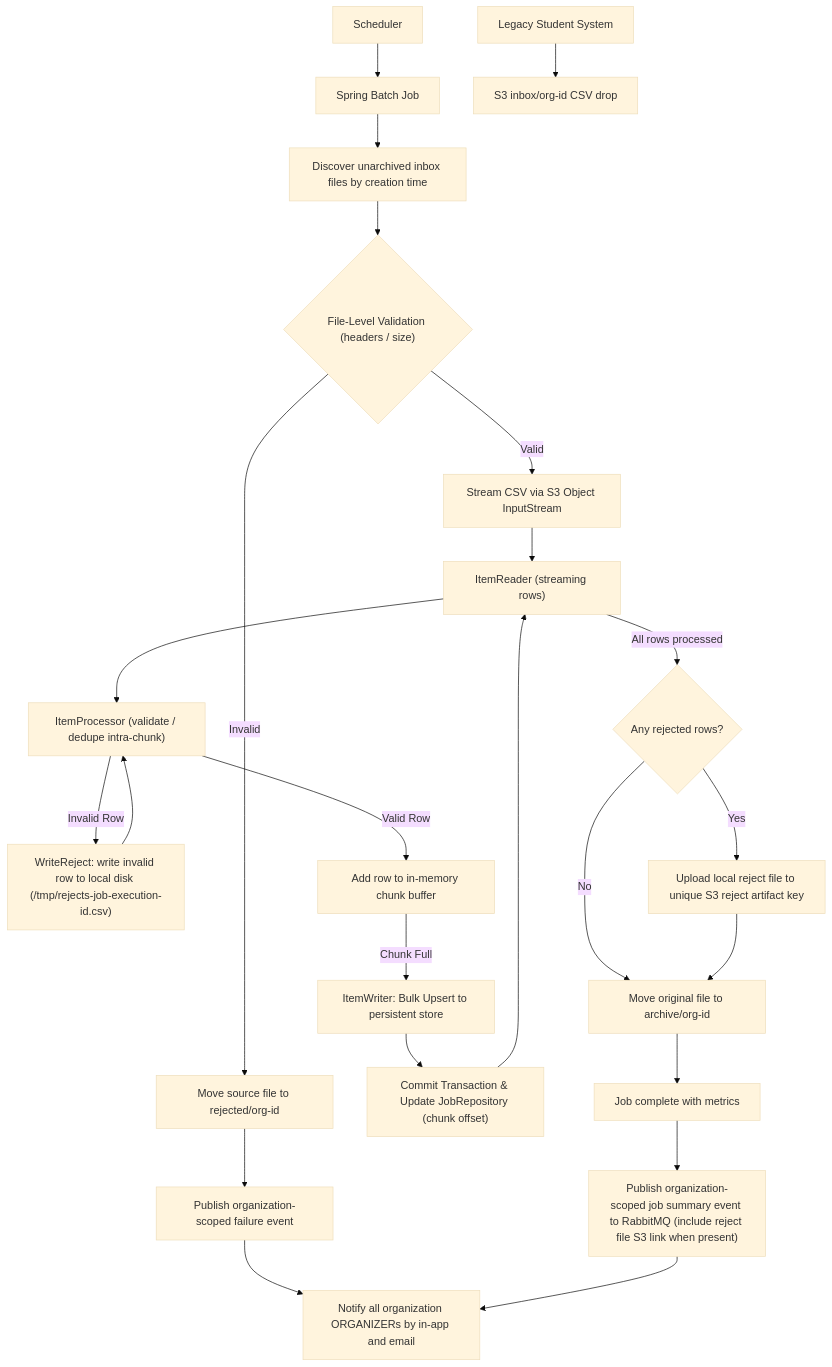
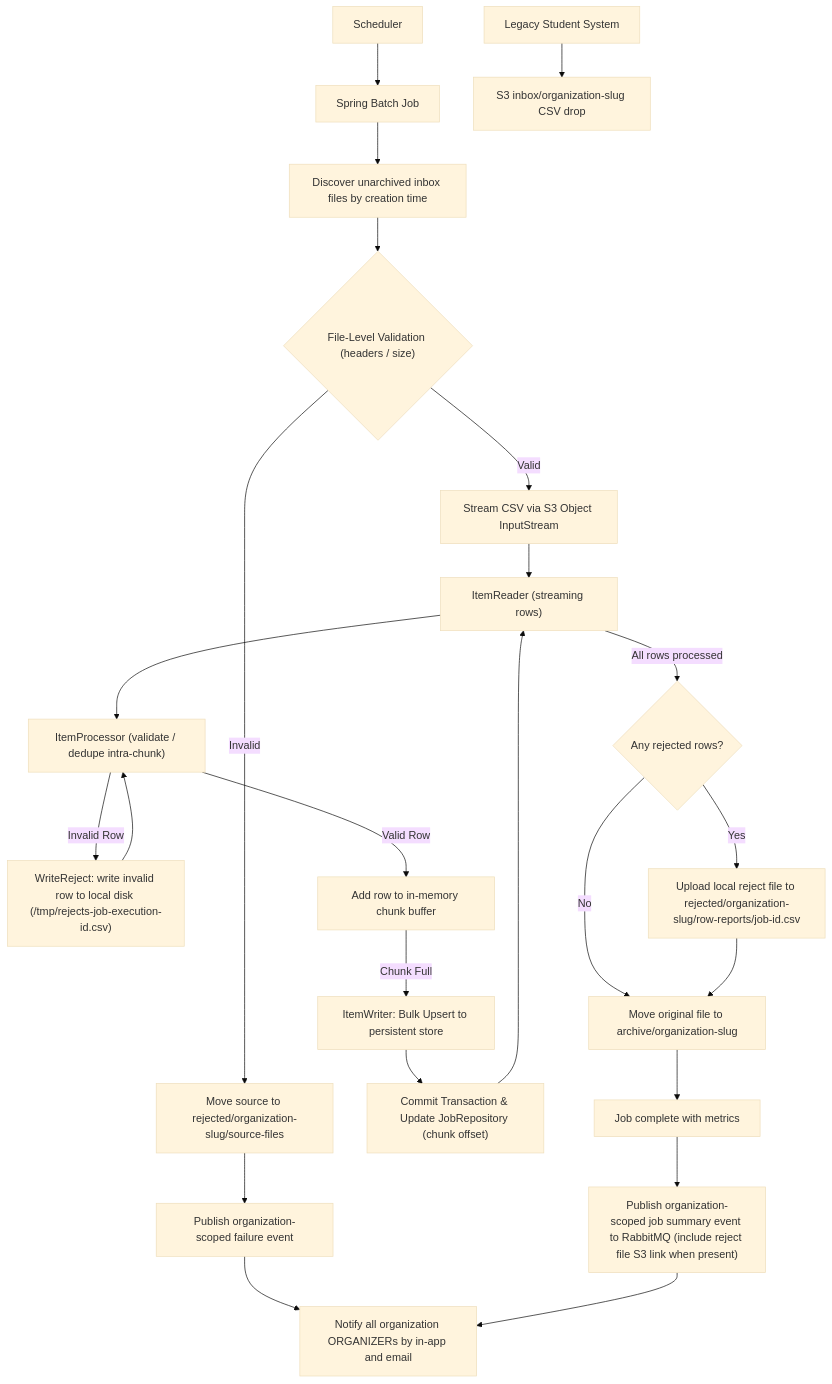
Before and after one commit to phatnguyen975/unihub-workshop: the seventh of 13 diagrams in docs/system-design.md, drawn with Mermaid (base theme). The commit also changed other lines of this file and 8 other files, not shown here.

````diff
--- a/docs/system-design.md
+++ b/docs/system-design.md
@@ -668,28 +668,28 @@
 ```mermaid
 flowchart TD
   Scheduler[Scheduler] --> Job[Spring Batch Job]
-  Legacy[Legacy Student System] --> Inbox["S3 inbox/org-id CSV drop"]
+  Legacy[Legacy Student System] --> Inbox["S3 inbox/organization-slug CSV drop"]
   Job --> Discover[Discover unarchived inbox files by creation time]
   Discover --> FileValidate{"File-Level Validation (headers / size)"}
-  FileValidate -->|Invalid| Rejected[Move source file to rejected/org-id]
+  FileValidate -->|Invalid| Rejected[Move source to rejected/organization-slug/source-files]
   Rejected --> Alert[Publish organization-scoped failure event]
   Alert --> Notify[Notify all organization ORGANIZERs by in-app and email]
   FileValidate -->|Valid| Stream[Stream CSV via S3 Object InputStream]
 
   Stream --> ItemReader["ItemReader (streaming rows)"]
   ItemReader --> ItemProcessor["ItemProcessor (validate / dedupe intra-chunk)"]
   ItemProcessor -->|Invalid Row| WriteReject["WriteReject: write invalid row to local disk (/tmp/rejects-job-execution-id.csv)"]
   WriteReject --> ItemProcessor
   ItemProcessor -->|Valid Row| Chunk[Add row to in-memory chunk buffer]
   Chunk -->|Chunk Full| ItemWriter[ItemWriter: Bulk Upsert to persistent store]
   ItemWriter --> Commit["Commit Transaction & Update JobRepository (chunk offset)"]
   Commit --> ItemReader
 
   ItemReader -->|All rows processed| HasRejects{"Any rejected rows?"}
-  HasRejects -->|Yes| UploadReject[Upload local reject file to unique S3 reject artifact key]
-  HasRejects -->|No| Archive[Move original file to archive/org-id]
+  HasRejects -->|Yes| UploadReject[Upload local reject file to rejected/organization-slug/row-reports/job-id.csv]
+  HasRejects -->|No| Archive[Move original file to archive/organization-slug]
   UploadReject --> Archive
   Archive --> Complete[Job complete with metrics]
   Complete --> Publish["Publish organization-scoped job summary event to RabbitMQ (include reject file S3 link when present)"]
   Publish --> Notify
 ```
````
